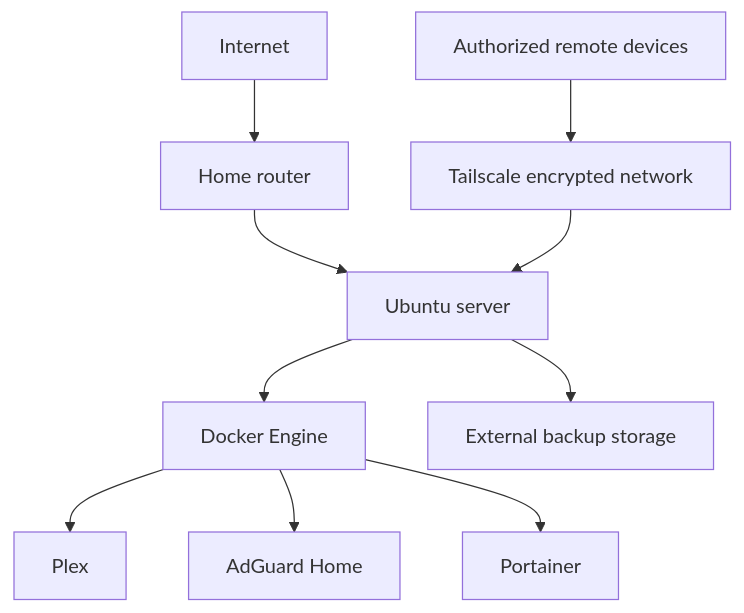
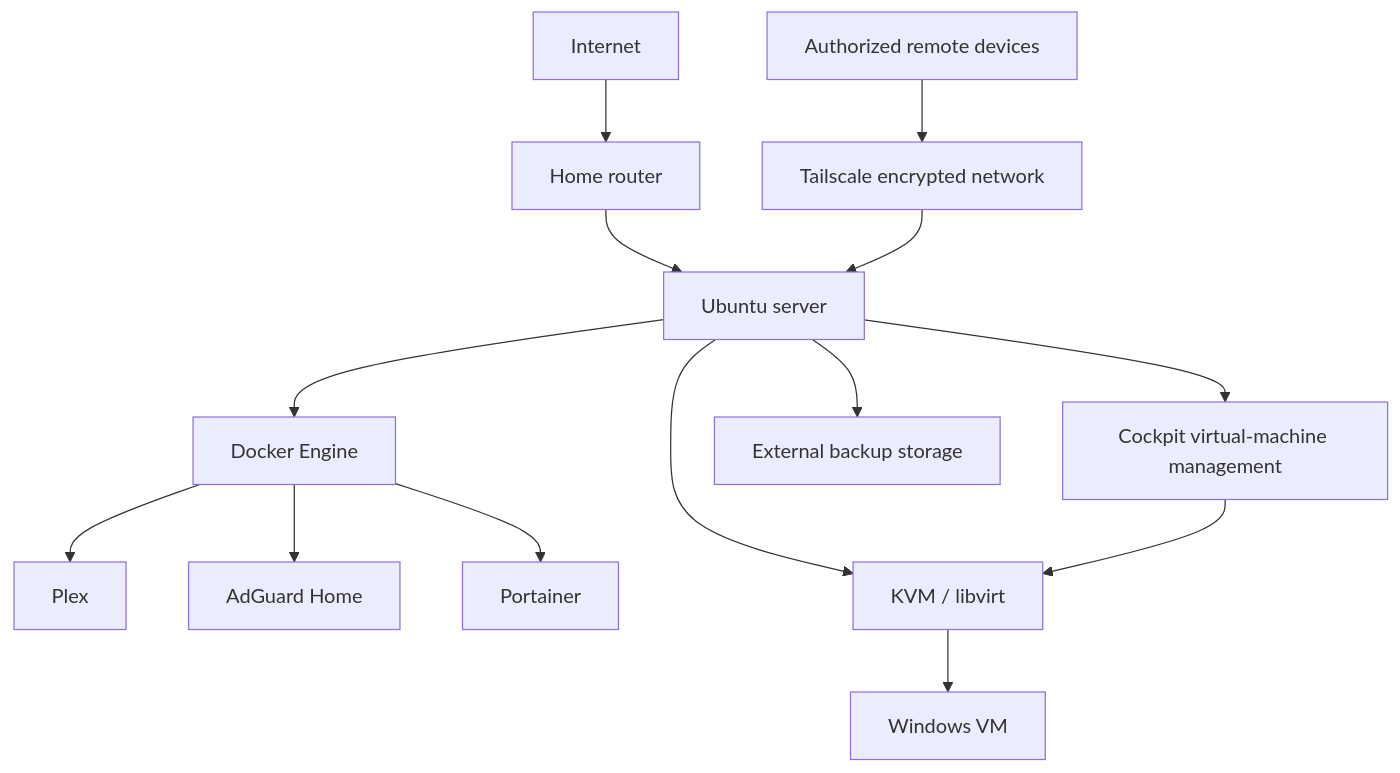
One commit to dhussle999/cybersecurity-homelab changed the diagram in README.md. Above: the diagram before and after it, drawn with Mermaid. The commit also changed other lines of this file, not shown here.

Commit message:
Document KVM Windows VM and CPU BIOS troubleshooting

````diff
--- a/README.md
+++ b/README.md
@@ -17,12 +17,16 @@
 ```mermaid
 flowchart TD
     Internet --> Router["Home router"]
     Router --> Host["Ubuntu server"]
     Remote["Authorized remote devices"] --> TS["Tailscale encrypted network"]
     TS --> Host
     Host --> Docker["Docker Engine"]
     Docker --> Plex["Plex"]
     Docker --> AdGuard["AdGuard Home"]
     Docker --> Portainer["Portainer"]
+    Host --> KVM["KVM / libvirt"]
+    KVM --> Windows["Windows VM"]
+    Host --> Cockpit["Cockpit virtual-machine management"]
+    Cockpit --> KVM
     Host --> Backup["External backup storage"]
 ```
````
